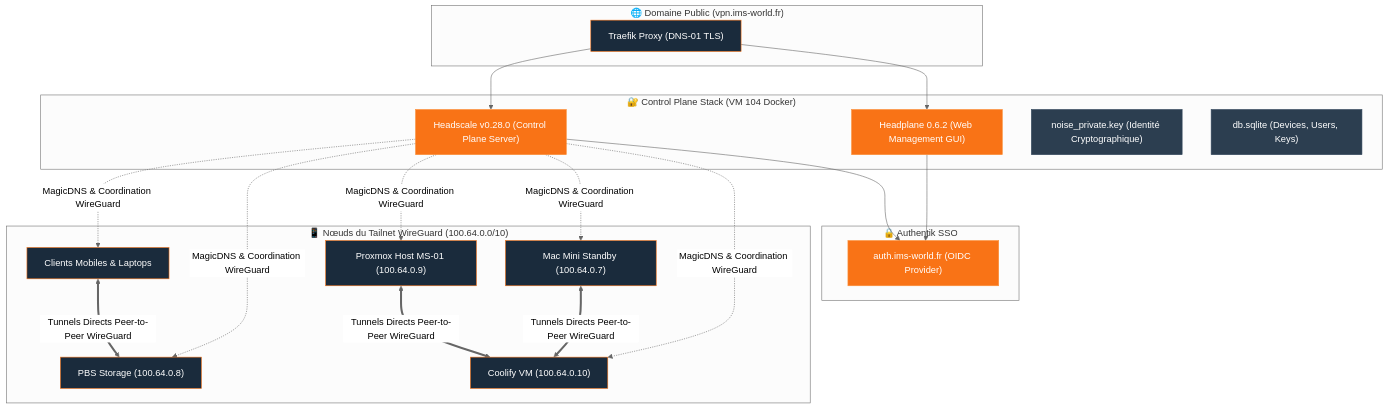
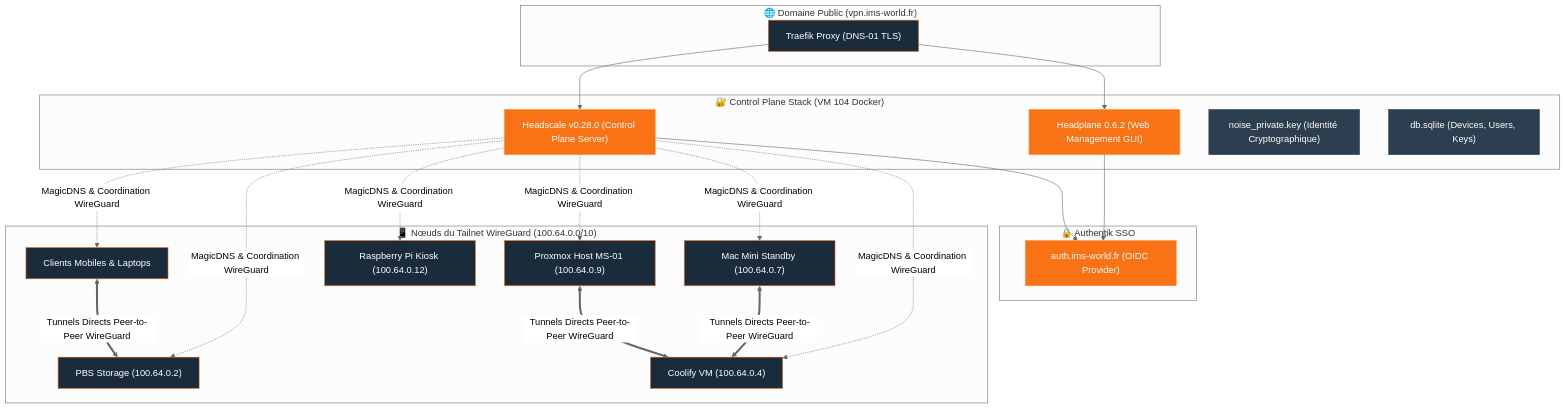
The diagram in services/headscale-headplane.md (ims-world/docs), drawn with Mermaid (neutral theme) before and after one commit. The commit also changed other lines of this file and 13 other files, not shown here.

Commit message:
fix: correction factuelle complete (IPs Tailscale, specs MS-01, caddies 3.5 Dell Labrax, RPi kiosk 2U, NAS sur-mesure SATA, suppression Cap, PRA realiste et feuille de route TODO)

````diff
--- a/services/headscale-headplane.md
+++ b/services/headscale-headplane.md
@@ -54,47 +55,49 @@
 ```mermaid
 graph TB
     subgraph WAN_PUB ["🌐 Domaine Public (vpn.ims-world.fr)"]
         TRAEFIK["Traefik Proxy (DNS-01 TLS)"]
     end
 
     subgraph HEADSCALE_STACK ["🔐 Control Plane Stack (VM 104 Docker)"]
         HEADSCALE["Headscale v0.28.0 (Control Plane Server)"]
         HEADPLANE["Headplane 0.6.2 (Web Management GUI)"]
         NOISE_KEY["noise_private.key (Identité Cryptographique)"]
         DB_SQLITE["db.sqlite (Devices, Users, Keys)"]
     end
 
     subgraph OIDC_AUTH ["🔒 Authentik SSO"]
         AUTH_SRV["auth.ims-world.fr (OIDC Provider)"]
     end
 
     subgraph TAILNET_NODES ["📱 Nœuds du Tailnet WireGuard (100.64.0.0/10)"]
         MAC["Mac Mini Standby (100.64.0.7)"]
         PVE["Proxmox Host MS-01 (100.64.0.9)"]
-        PBS["PBS Storage (100.64.0.8)"]
-        COOL["Coolify VM (100.64.0.10)"]
+        PBS["PBS Storage (100.64.0.2)"]
+        COOL["Coolify VM (100.64.0.4)"]
+        RPI["Raspberry Pi Kiosk (100.64.0.12)"]
         MOBILE["Clients Mobiles & Laptops"]
     end
 
     TRAEFIK --> HEADSCALE
     TRAEFIK --> HEADPLANE
     HEADPLANE --> AUTH_SRV
     HEADSCALE --> AUTH_SRV
 
     HEADSCALE -.->|MagicDNS & Coordination WireGuard| MAC
     HEADSCALE -.->|MagicDNS & Coordination WireGuard| PVE
     HEADSCALE -.->|MagicDNS & Coordination WireGuard| PBS
     HEADSCALE -.->|MagicDNS & Coordination WireGuard| COOL
+    HEADSCALE -.->|MagicDNS & Coordination WireGuard| RPI
     HEADSCALE -.->|MagicDNS & Coordination WireGuard| MOBILE
 
     MAC <==>|Tunnels Directs Peer-to-Peer WireGuard| COOL
     PVE <==>|Tunnels Directs Peer-to-Peer WireGuard| COOL
     MOBILE <==>|Tunnels Directs Peer-to-Peer WireGuard| PBS
 
     classDef srv fill:#F97316,stroke:#FB923C,color:#fff;
     classDef key fill:#2c3e50,stroke:#34495e,color:#fff;
     classDef node fill:#1a2b3c,stroke:#F97316,color:#fff;
     class HEADSCALE,HEADPLANE,AUTH_SRV srv;
     class NOISE_KEY,DB_SQLITE key;
-    class MAC,PVE,PBS,COOL,MOBILE node;
+    class MAC,PVE,PBS,COOL,RPI,MOBILE node;
 ```
````
